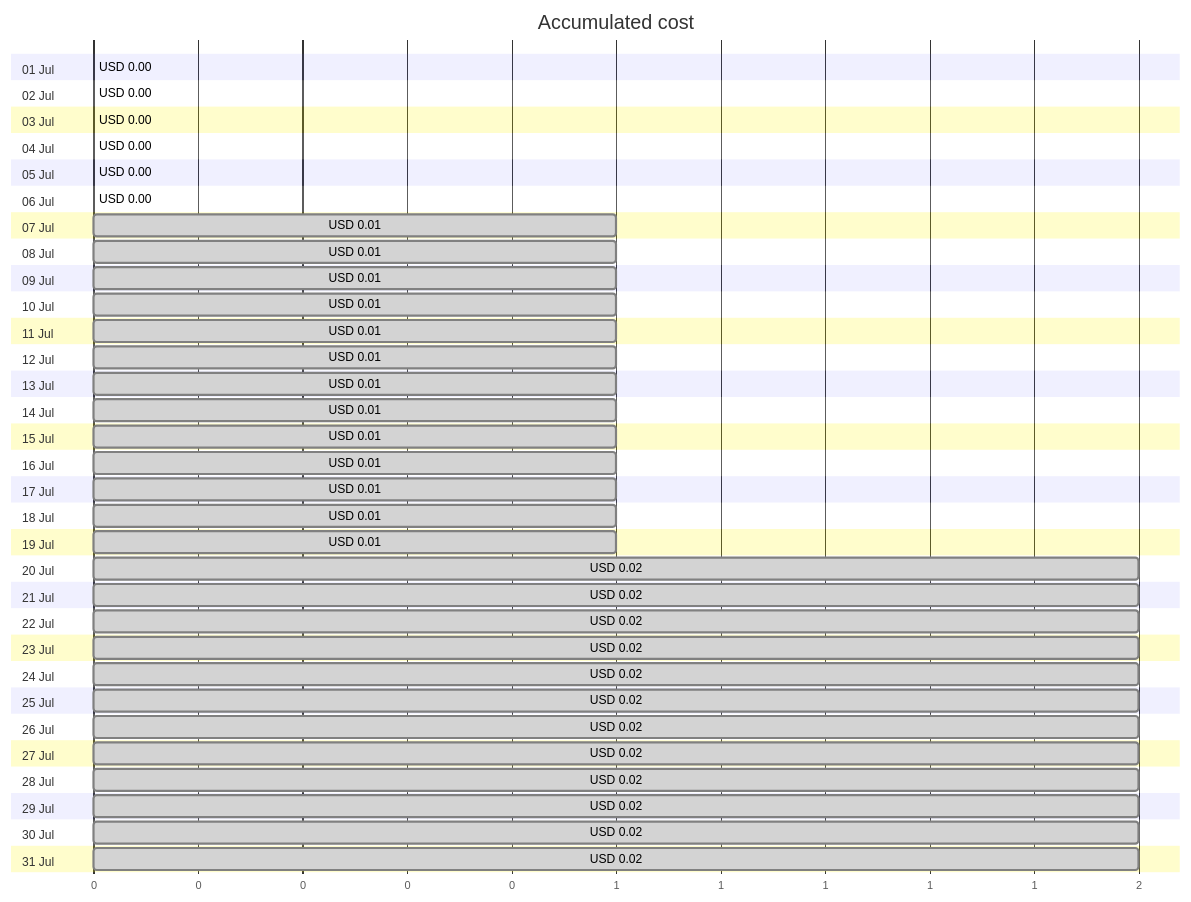
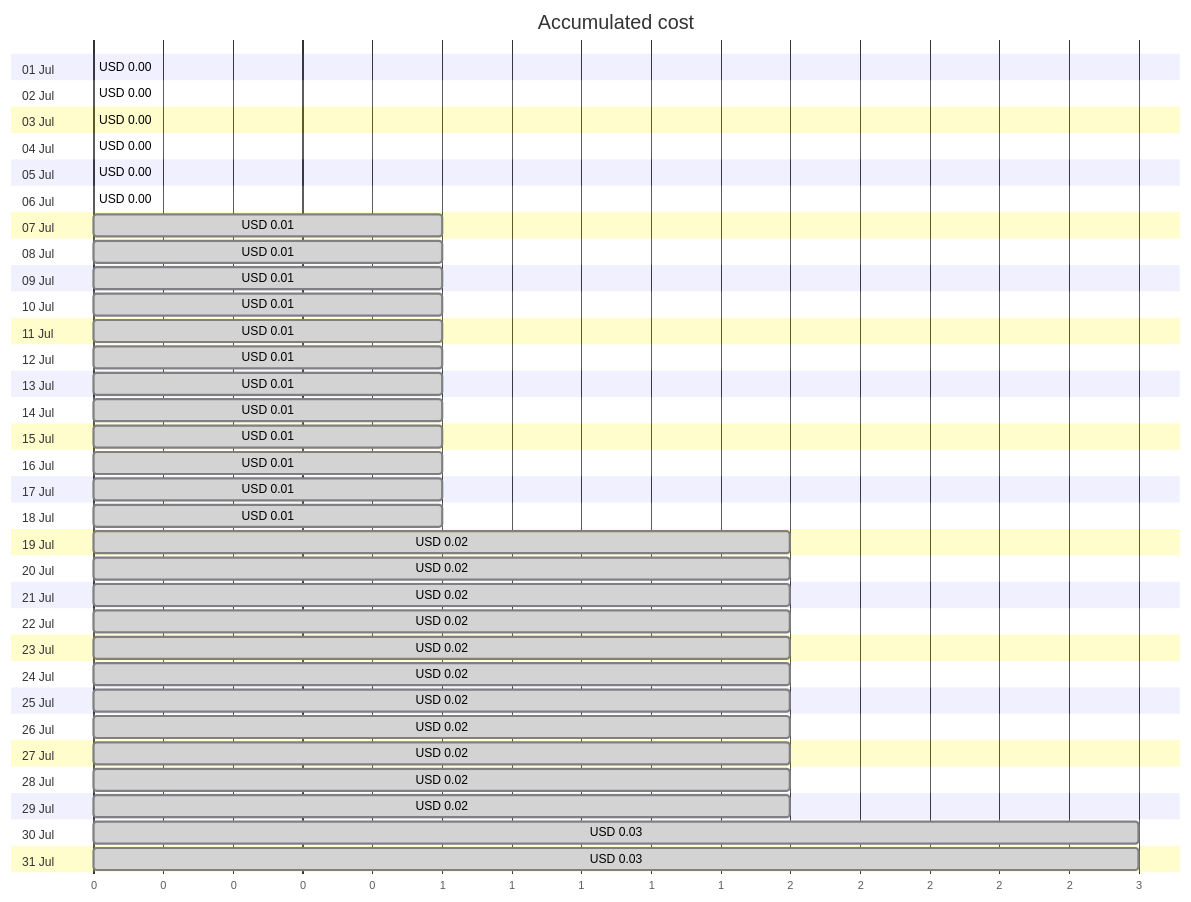
The first of 4 diagrams in cost-reports/personal-site/personalsiteapistorage.md (jpfulton/azure-personal-reports), drawn with Mermaid before and after one commit. The commit also changed other lines of this file and 6 other files, not shown here.

````diff
--- a/cost-reports/personal-site/personalsiteapistorage.md
+++ b/cost-reports/personal-site/personalsiteapistorage.md
@@ -20,68 +20,68 @@
 ```mermaid
 gantt
    title Accumulated cost
    dateFormat  X
    axisFormat %s
    section 01 Jul
    USD 0.00 :0, 0
    section 02 Jul
    USD 0.00 :0, 0
    section 03 Jul
    USD 0.00 :0, 0
    section 04 Jul
-   USD 0.00 : done, 0, 0
+   USD 0.00 :0, 0
    section 05 Jul
    USD 0.00 : done, 0, 0
    section 06 Jul
    USD 0.00 : done, 0, 0
    section 07 Jul
    USD 0.01 : done, 0, 1
    section 08 Jul
    USD 0.01 : done, 0, 1
    section 09 Jul
    USD 0.01 : done, 0, 1
    section 10 Jul
    USD 0.01 : done, 0, 1
    section 11 Jul
    USD 0.01 : done, 0, 1
    section 12 Jul
    USD 0.01 : done, 0, 1
    section 13 Jul
    USD 0.01 : done, 0, 1
    section 14 Jul
    USD 0.01 : done, 0, 1
    section 15 Jul
    USD 0.01 : done, 0, 1
    section 16 Jul
    USD 0.01 : done, 0, 1
    section 17 Jul
    USD 0.01 : done, 0, 1
    section 18 Jul
    USD 0.01 : done, 0, 1
    section 19 Jul
-   USD 0.01 : done, 0, 1
+   USD 0.02 : done, 0, 2
    section 20 Jul
    USD 0.02 : done, 0, 2
    section 21 Jul
    USD 0.02 : done, 0, 2
    section 22 Jul
    USD 0.02 : done, 0, 2
    section 23 Jul
    USD 0.02 : done, 0, 2
    section 24 Jul
    USD 0.02 : done, 0, 2
    section 25 Jul
    USD 0.02 : done, 0, 2
    section 26 Jul
    USD 0.02 : done, 0, 2
    section 27 Jul
    USD 0.02 : done, 0, 2
    section 28 Jul
    USD 0.02 : done, 0, 2
    section 29 Jul
    USD 0.02 : done, 0, 2
    section 30 Jul
-   USD 0.02 : done, 0, 2
+   USD 0.03 : done, 0, 3
    section 31 Jul
-   USD 0.02 : done, 0, 2
+   USD 0.03 : done, 0, 3
 ```
````
